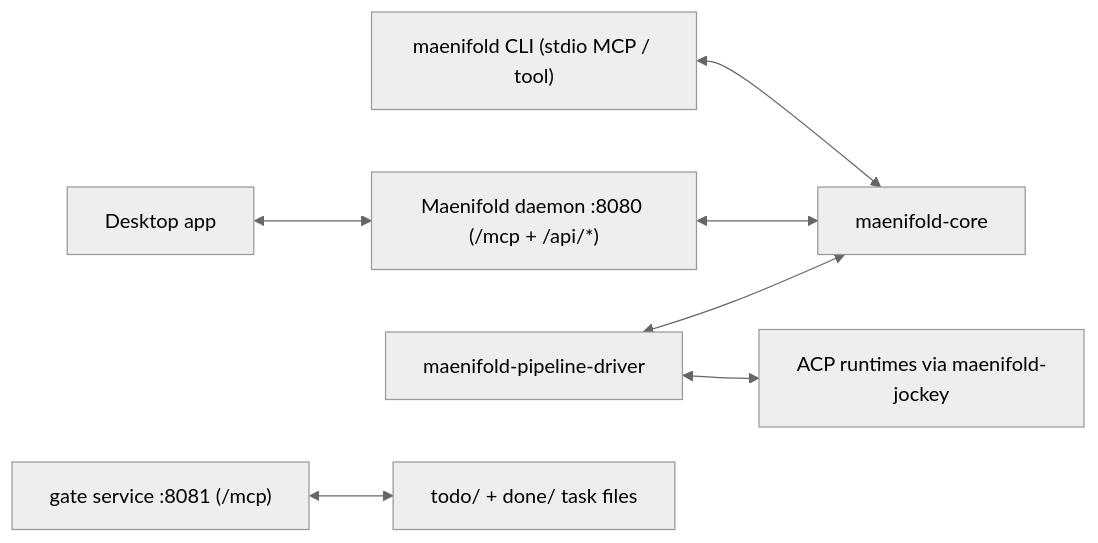
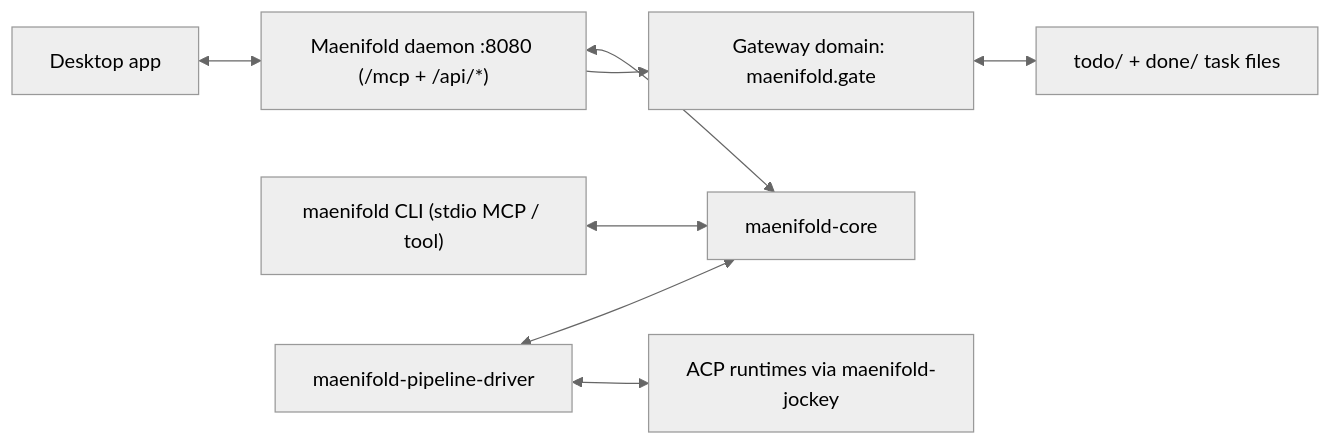
One commit to msbrettorg/maenifold changed the diagram in docs/ARCHITECTURE.md. Above: the diagram before and after it, drawn with Mermaid (neutral theme). The commit also changed other lines of this file and 18 other files, not shown here.

First line of the commit message:
T-237.1d: clean docs/config for native maenifold.gate surface

````diff
--- a/docs/ARCHITECTURE.md
+++ b/docs/ARCHITECTURE.md
@@ -23,9 +23,10 @@
 ```mermaid
 flowchart LR
     Desktop["Desktop app"] <--> Daemon["Maenifold daemon :8080 (/mcp + /api/*)"]
     CLI["maenifold CLI (stdio MCP / tool)"] <--> Core["maenifold-core"]
     Daemon <--> Core
     Driver["maenifold-pipeline-driver"] <--> Core
     Driver <--> ACP["ACP runtimes via maenifold-jockey"]
-    Gate["gate service :8081 (/mcp)"] <--> Files["todo/ + done/ task files"]
+    Daemon --> Gateway["Gateway domain: maenifold.gate"]
+    Gateway <--> Files["todo/ + done/ task files"]
 ```
````
